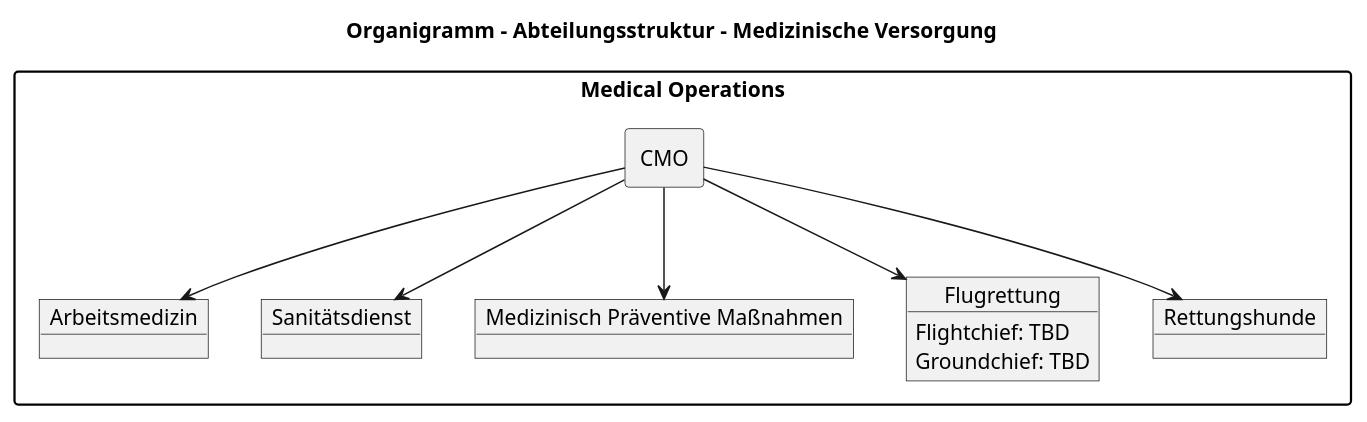
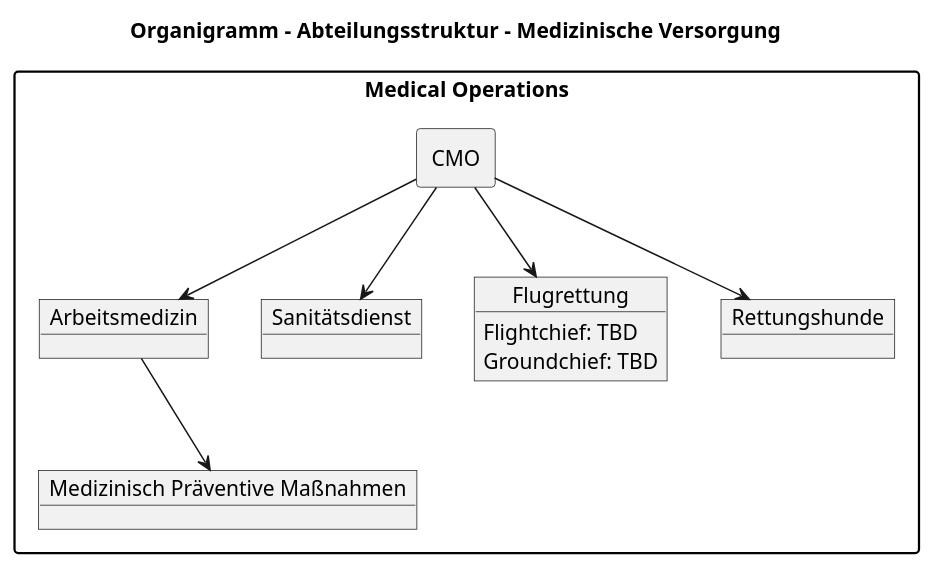
The second of 2 diagrams in chapters/Operations_Security.adoc (Stiller-und-Partner-Mediengruppe-GmbH/SPMG.Conceptplan), drawn with PlantUML before and after one commit. The commit also changed other lines of this file and 2 other files, not shown here.

```diff
--- a/chapters/Operations_Security.adoc
+++ b/chapters/Operations_Security.adoc
@@ -121,38 +133,38 @@
 [plantuml, org-chart-medical, svg]
 ----
 @startuml
 skinparam packageStyle rectangle
 
 ' Dieser Befehl erlaubt das Mischen von verschiedenen Elementtypen (Object & Rectangle)
 allowmixing
 
 ' Definition eines Styles für reinen Text
 skinparam rectangle<<text>> {
     BackgroundColor transparent
     BorderColor transparent
     Shadowing false
 }
 
 title Organigramm - Abteilungsstruktur - Medizinische Versorgung
 
 package "Medical Operations" as MO {
     rectangle "CMO" as CMO
     
     object "Arbeitsmedizin" as AM
     object "Sanitätsdienst" as SD
     object "Medizinisch Präventive Maßnahmen" as MPM
     object "Flugrettung" as HEMS{
         Flightchief: TBD
         Groundchief: TBD
 }
-    object "Rettungshunde" as RK9
+    object "Rettungshunde" as R_K9
 
     CMO -down-> AM
     CMO -down-> SD
-    CMO -down-> MPM
+    AM -down-> MPM
     CMO -down-> HEMS
-    CMO -down-> RK9
+    CMO -down-> R_K9
 } 
 
 @enduml
 ----
```
